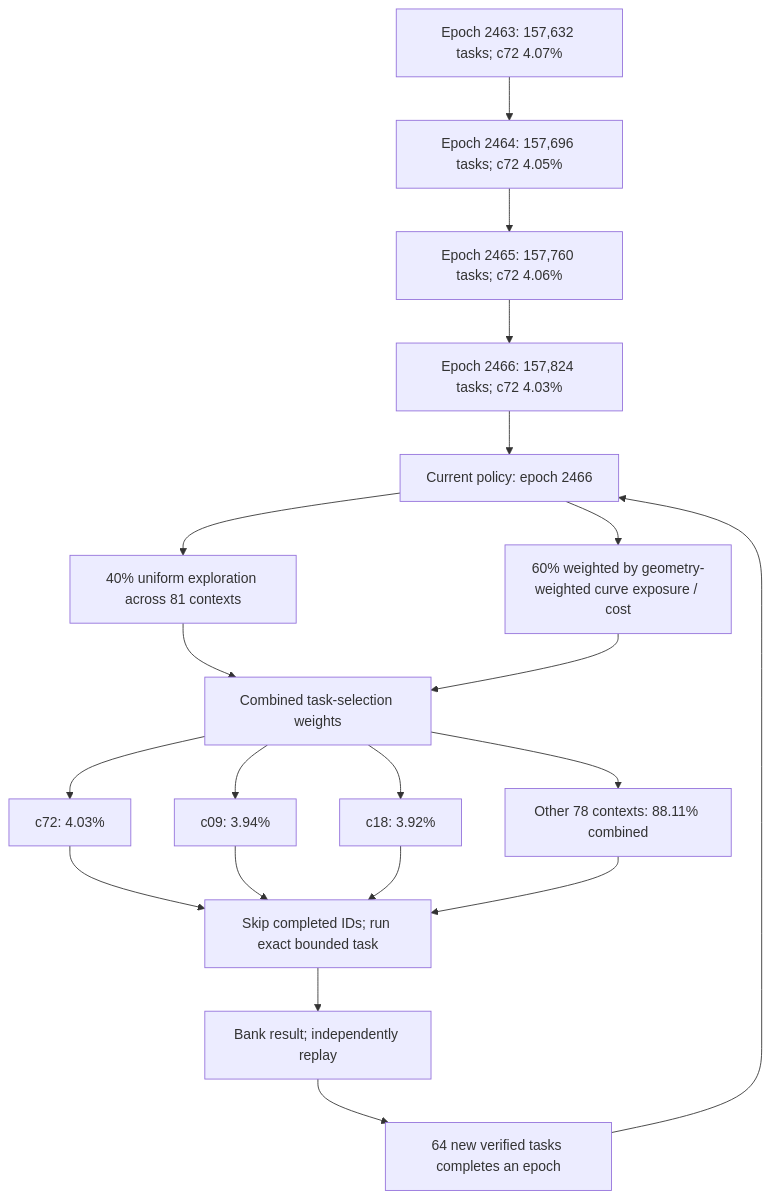
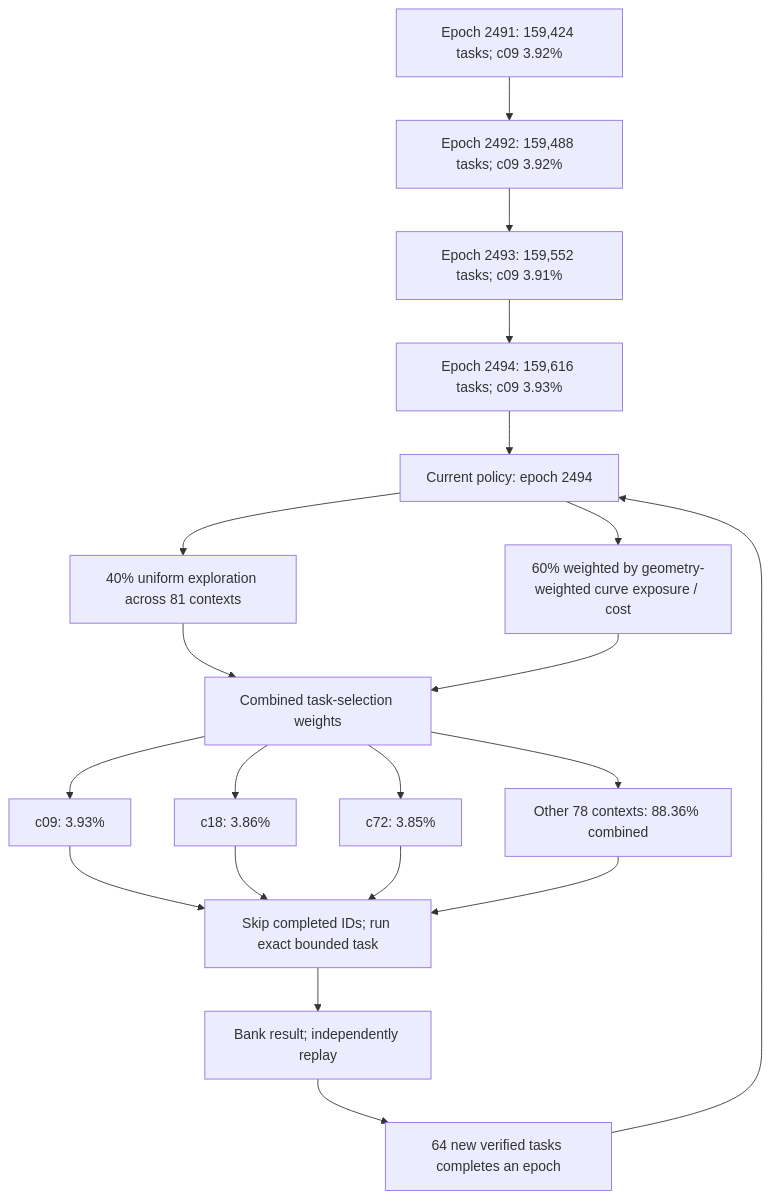
One commit to Kuberwastaken/math-gambling changed the first of 3 diagrams in README.md. Above: the diagram before and after it, drawn with Mermaid. The commit also changed other lines of this file and 3556 other files, not shown here.

````diff
--- a/README.md
+++ b/README.md
@@ -56,27 +56,27 @@
 ```mermaid
 flowchart TD
-    H0["Epoch 2463: 157,632 tasks; c72 4.07%"]
-    H1["Epoch 2464: 157,696 tasks; c72 4.05%"]
+    H0["Epoch 2491: 159,424 tasks; c09 3.92%"]
+    H1["Epoch 2492: 159,488 tasks; c09 3.92%"]
     H0 --> H1
-    H2["Epoch 2465: 157,760 tasks; c72 4.06%"]
+    H2["Epoch 2493: 159,552 tasks; c09 3.91%"]
     H1 --> H2
-    H3["Epoch 2466: 157,824 tasks; c72 4.03%"]
+    H3["Epoch 2494: 159,616 tasks; c09 3.93%"]
     H2 --> H3
-    Policy["Current policy: epoch 2466"]
+    Policy["Current policy: epoch 2494"]
     H3 --> Policy
     Policy --> Explore["40% uniform exploration across 81 contexts"]
     Policy --> Cost["60% weighted by geometry-weighted curve exposure / cost"]
     Explore --> Mix["Combined task-selection weights"]
     Cost --> Mix
-    Mix --> C0["c72: 4.03%"]
-    Mix --> C1["c09: 3.94%"]
-    Mix --> C2["c18: 3.92%"]
-    Mix --> Rest["Other 78 contexts: 88.11% combined"]
+    Mix --> C0["c09: 3.93%"]
+    Mix --> C1["c18: 3.86%"]
+    Mix --> C2["c72: 3.85%"]
+    Mix --> Rest["Other 78 contexts: 88.36% combined"]
     C0 --> Check["Skip completed IDs; run exact bounded task"]
     C1 --> Check
     C2 --> Check
     Rest --> Check
     Check --> Replay["Bank result; independently replay"]
     Replay --> Gate["64 new verified tasks completes an epoch"]
     Gate --> Policy
 ```
````
